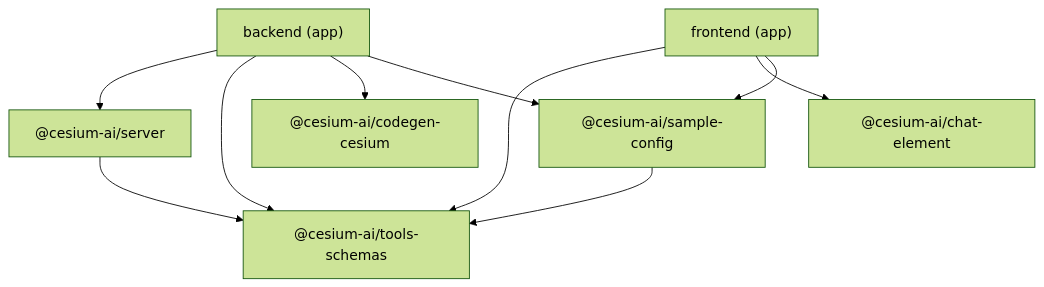
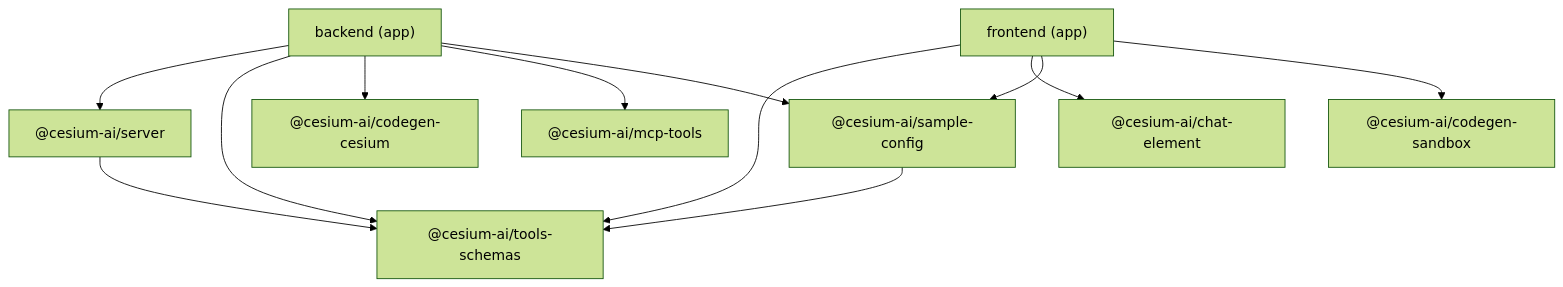
One commit to CesiumGS/cesiumjs-ai-starter-app changed the diagram in docs/packages/index.md. Above: the diagram before and after it, drawn with Mermaid (forest theme). The commit also changed other lines of this file and 7 other files, not shown here.

````diff
--- a/docs/packages/index.md
+++ b/docs/packages/index.md
@@ -25,20 +27,24 @@
 ```mermaid
 flowchart TD
     tools["@cesium-ai/tools-schemas"]
     codegen["@cesium-ai/codegen-cesium"]
+    sandbox["@cesium-ai/codegen-sandbox"]
+    mcp["@cesium-ai/mcp-tools"]
     server["@cesium-ai/server"]
     chatel["@cesium-ai/chat-element"]
     shared["@cesium-ai/sample-config"]
     backend["backend (app)"]
     frontend["frontend (app)"]
 
     backend --> server
     backend --> tools
     backend --> codegen
+    backend --> mcp
     backend --> shared
     frontend --> tools
     frontend --> chatel
     frontend --> shared
+    frontend --> sandbox
     shared --> tools
     server --> tools
 ```
````
